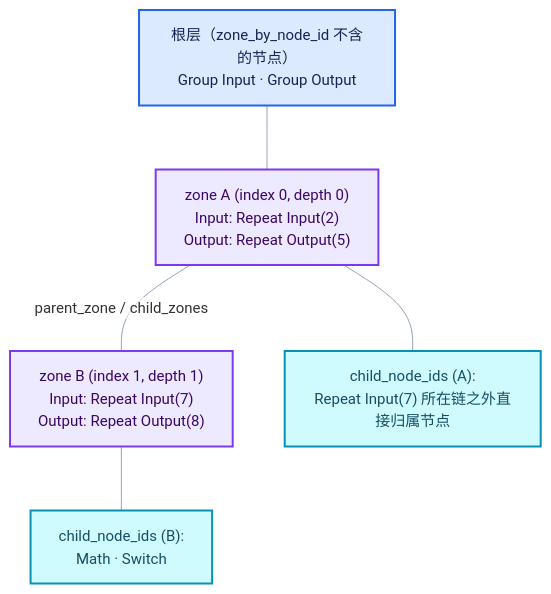
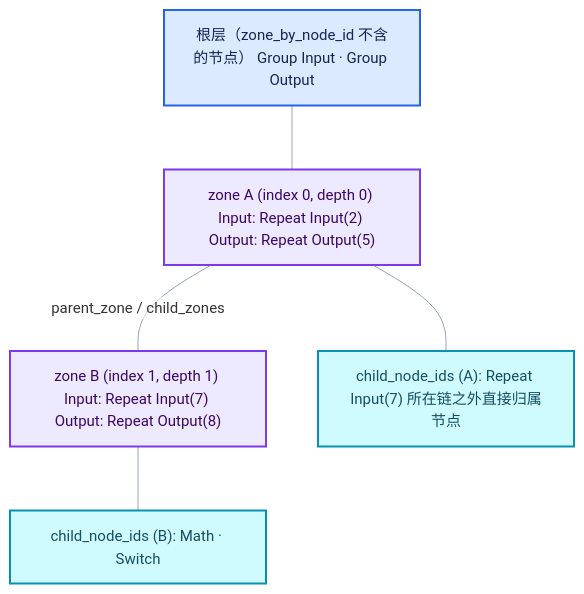
Before and after one commit to yunkezengren/blender-.vscode: the fifth of 8 diagrams in 杂/markdown/重复区域-dsh/01-Zone系统基础/01-NodeTreeZone区域表示与配对.md, drawn with Mermaid. The commit also changed other lines of this file and 27 other files, not shown here.

````diff
--- a/杂/markdown/重复区域-dsh/01-Zone系统基础/01-NodeTreeZone区域表示与配对.md
+++ b/杂/markdown/重复区域-dsh/01-Zone系统基础/01-NodeTreeZone区域表示与配对.md
@@ -1056,19 +884,19 @@
 ```mermaid
 %%{init: {"theme":"base","themeVariables":{"fontFamily":"\"Segoe UI\",\"Microsoft YaHei\",sans-serif","fontSize":"15px","lineColor":"#94A3B8","edgeLabelBackground":"#FFFFFF","clusterBkg":"#F8FAFC","clusterBorder":"#CBD5E1"},"flowchart":{"htmlLabels":false,"curve":"basis","nodeSpacing":52,"rankSpacing":64,"padding":14,"diagramPadding":16,"useMaxWidth":true},"sequence":{"useMaxWidth":true,"wrap":true,"mirrorActors":false,"messageMargin":36}}}%%
 flowchart TB
-  ROOT["根层（zone_by_node_id 不含的节点）<br/>Group Input · Group Output"]:::input
-  ZA["zone A (index 0, depth 0)<br/>Input: Repeat Input(2)<br/>Output: Repeat Output(5)"]:::abstraction
-  ZB["zone B (index 1, depth 1)<br/>Input: Repeat Input(7)<br/>Output: Repeat Output(8)"]:::abstraction
-  MA["child_node_ids (A):<br/>Repeat Input(7) 所在链之外直接归属节点"]:::data
-  MB["child_node_ids (B):<br/>Math · Switch"]:::data
+  ROOT["根层（zone_by_node_id 不含的节点） Group Input · Group Output"]:::input
+  ZA["zone A (index 0, depth 0) Input: Repeat Input(2) Output: Repeat Output(5)"]:::abstraction
+  ZB["zone B (index 1, depth 1) Input: Repeat Input(7) Output: Repeat Output(8)"]:::abstraction
+  MA["child_node_ids (A): Repeat Input(7) 所在链之外直接归属节点"]:::data
+  MB["child_node_ids (B): Math · Switch"]:::data
   ROOT --- ZA
   ZA ---|"parent_zone / child_zones"| ZB
   ZA --- MA
   ZB --- MB
   classDef input fill:#DBEAFE,stroke:#2563EB,color:#172554,stroke-width:2px;
   classDef data fill:#CFFAFE,stroke:#0891B2,color:#164E63,stroke-width:2px;
   classDef abstraction fill:#EDE9FE,stroke:#7C3AED,color:#3B0764,stroke-width:2px;
   classDef compute fill:#FEF3C7,stroke:#D97706,color:#78350F,stroke-width:2px;
   classDef result fill:#DCFCE7,stroke:#16A34A,color:#14532D,stroke-width:2px;
   classDef error fill:#FEE2E2,stroke:#DC2626,color:#7F1D1D,stroke-width:2px;
 ```
````
